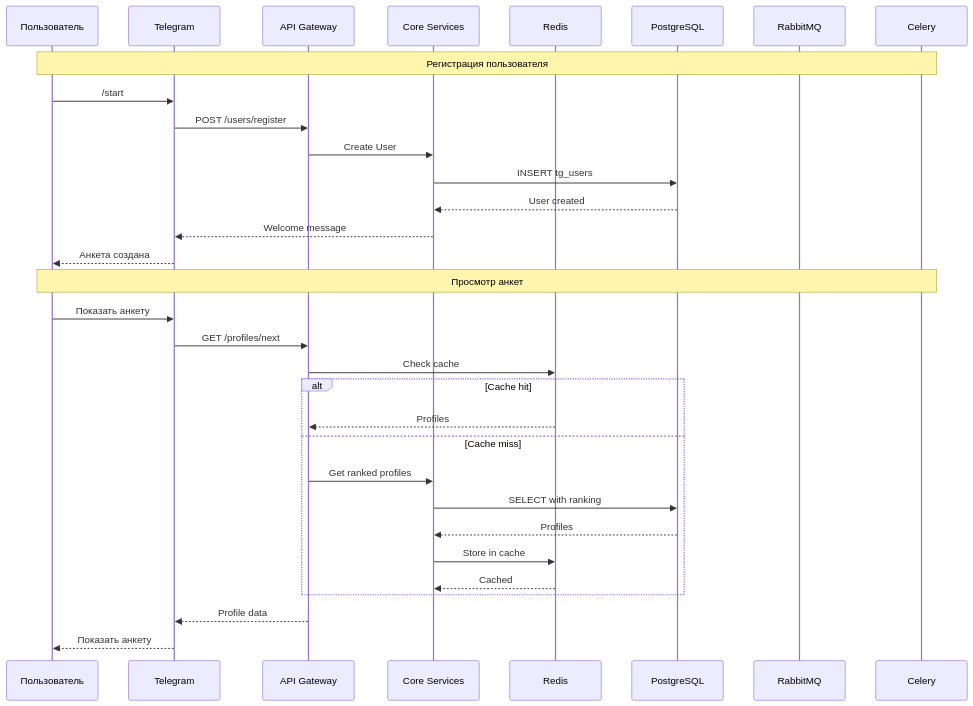
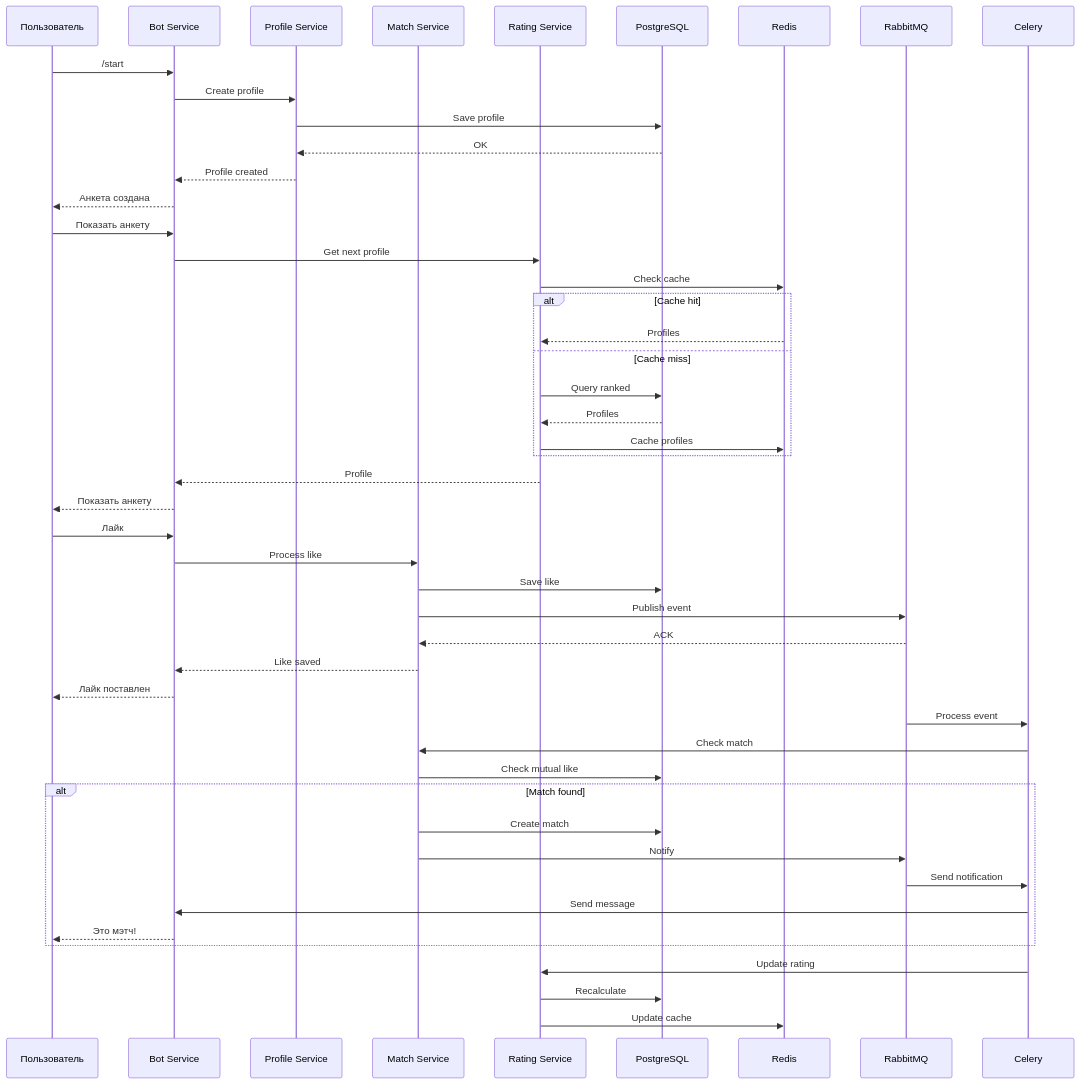
One commit to Tolex1510/DatingBot changed the second of 2 diagrams in docs/architecture.md. Above: the diagram before and after it, drawn with Mermaid. The commit also changed other lines of this file, not shown here.

Commit message:
Новая схема

````diff
--- a/docs/architecture.md
+++ b/docs/architecture.md
@@ -141,36 +74,55 @@
 ```mermaid
 sequenceDiagram
-    participant User as Пользователь
-    participant Bot as Telegram
-    participant API as API Gateway
-    participant Service as Core Services
-    participant Cache as Redis
+    participant U as Пользователь
+    participant B as Bot Service
+    participant P as Profile Service
+    participant M as Match Service
+    participant R as Rating Service
     participant DB as PostgreSQL
+    participant C as Redis
     participant MQ as RabbitMQ
-    participant Worker as Celery
+    participant W as Celery
 
-    Note over User,Worker: Регистрация пользователя
-    User->>Bot: /start
-    Bot->>API: POST /users/register
-    API->>Service: Create User
-    Service->>DB: INSERT tg_users
-    DB-->>Service: User created
-    Service-->>Bot: Welcome message
-    Bot-->>User: Анкета создана
+    U->>B: /start
+    B->>P: Create profile
+    P->>DB: Save profile
+    DB-->>P: OK
+    P-->>B: Profile created
+    B-->>U: Анкета создана
 
-    Note over User,Worker: Просмотр анкет
-    User->>Bot: Показать анкету
-    Bot->>API: GET /profiles/next
-    API->>Cache: Check cache
+    U->>B: Показать анкету
+    B->>R: Get next profile
+    R->>C: Check cache
     alt Cache hit
-        Cache-->>API: Profiles
+        C-->>R: Profiles
     else Cache miss
-        API->>Service: Get ranked profiles
-        Service->>DB: SELECT with ranking
-        DB-->>Service: Profiles
-        Service->>Cache: Store in cache
-        Cache-->>Service: Cached
+        R->>DB: Query ranked
+        DB-->>R: Profiles
+        R->>C: Cache profiles
     end
-    API-->>Bot: Profile data
-    Bot-->>User: Показать анкету
+    R-->>B: Profile
+    B-->>U: Показать анкету
+
+    U->>B: Лайк
+    B->>M: Process like
+    M->>DB: Save like
+    M->>MQ: Publish event
+    MQ-->>M: ACK
+    M-->>B: Like saved
+    B-->>U: Лайк поставлен
+
+    MQ->>W: Process event
+    W->>M: Check match
+    M->>DB: Check mutual like
+    alt Match found
+        M->>DB: Create match
+        M->>MQ: Notify
+        MQ->>W: Send notification
+        W->>B: Send message
+        B-->>U: Это мэтч!
+    end
+
+    W->>R: Update rating
+    R->>DB: Recalculate
+    R->>C: Update cache
 ```
````
